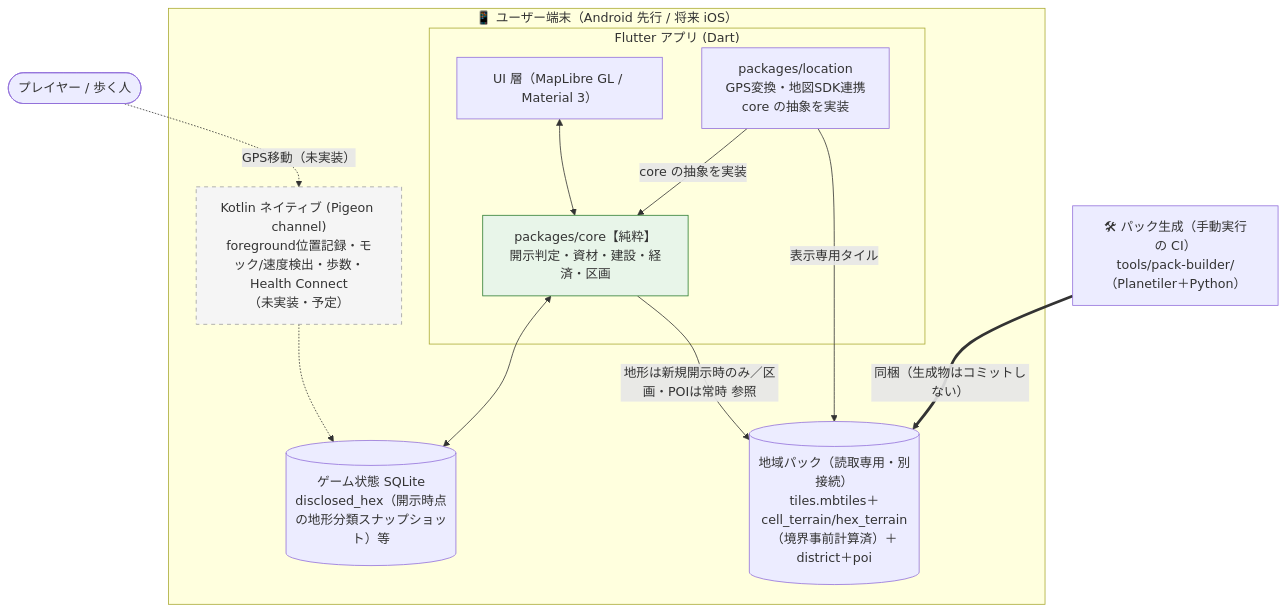
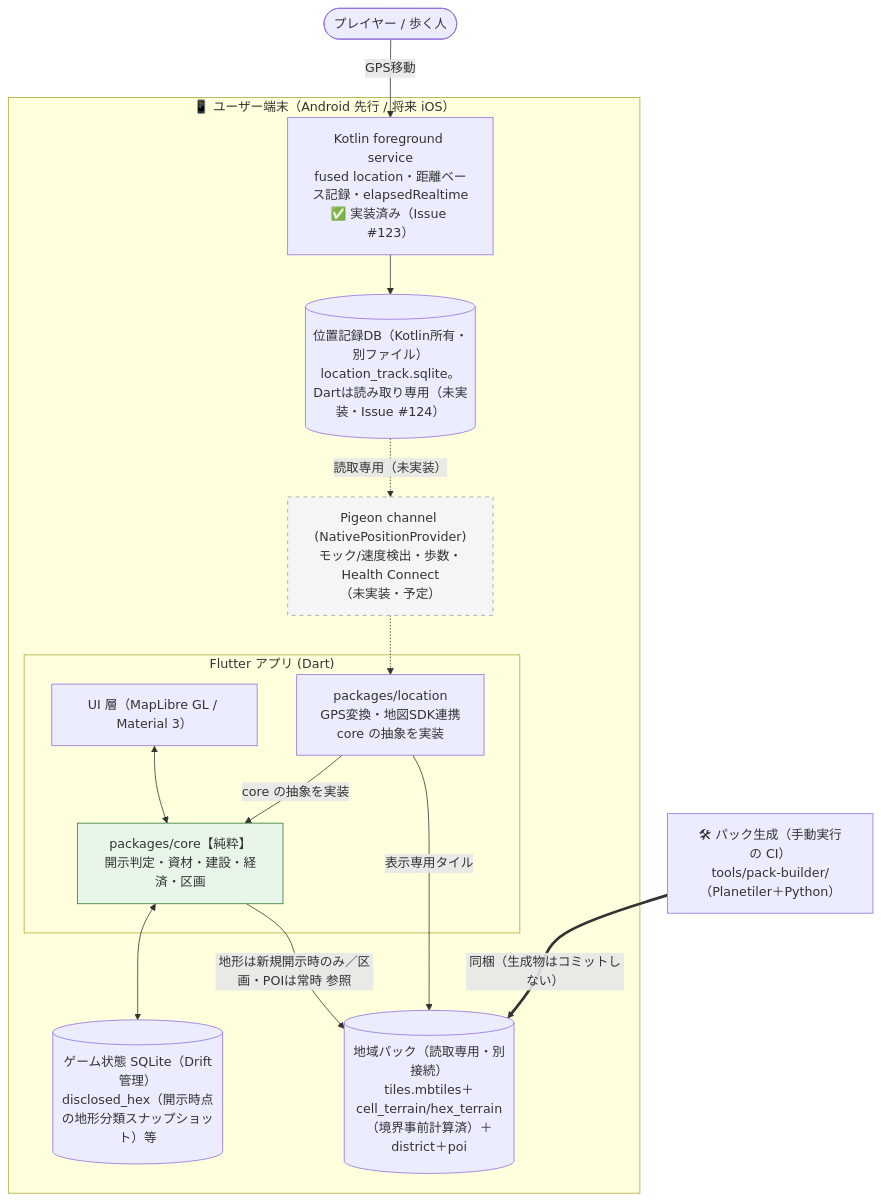
One commit to rokusoudo-product/terra-town changed the diagram in README.md. Above: the diagram before and after it, drawn with Mermaid. The commit also changed other lines of this file and 10 other files, not shown here.

First line of the commit message:
feat(android): Kotlin foreground serviceで位置を記録し専用の保存先へ書き込む (T046-T048) (#128)

````diff
--- a/README.md
+++ b/README.md
@@ -33,31 +34,35 @@
 ```mermaid
 flowchart TB
     user([プレイヤー / 歩く人])
 
     subgraph device["📱 ユーザー端末（Android 先行 / 将来 iOS）"]
         subgraph flutter["Flutter アプリ (Dart)"]
             ui["UI 層（MapLibre GL / Material 3）"]
             core["packages/core【純粋】<br/>開示判定・資材・建設・経済・区画"]
             loc["packages/location<br/>GPS変換・地図SDK連携<br/>core の抽象を実装"]
         end
-        native["Kotlin ネイティブ (Pigeon channel)<br/>foreground位置記録・モック/速度検出・歩数・Health Connect<br/>（未実装・予定）"]
-        gamedb[("ゲーム状態 SQLite<br/>disclosed_hex（開示時点の地形分類スナップショット）等")]
+        fg["Kotlin foreground service<br/>fused location・距離ベース記録・elapsedRealtime<br/>✅ 実装済み（Issue #123）"]
+        pigeon["Pigeon channel (NativePositionProvider)<br/>モック/速度検出・歩数・Health Connect<br/>（未実装・予定）"]
+        gamedb[("ゲーム状態 SQLite（Drift管理）<br/>disclosed_hex（開示時点の地形分類スナップショット）等")]
+        trackdb[("位置記録DB（Kotlin所有・別ファイル）<br/>location_track.sqlite。Dartは読み取り専用（未実装・Issue #124）")]
         pack[("地域パック（読取専用・別接続）<br/>tiles.mbtiles＋cell_terrain/hex_terrain（境界事前計算済）＋district＋poi")]
     end
 
     ci["🛠 パック生成（手動実行の CI）<br/>tools/pack-builder/（Planetiler＋Python）"]
 
-    user -.GPS移動（未実装）.-> native
-    native -.-> gamedb
+    user -->|GPS移動| fg
+    fg --> trackdb
+    trackdb -.読取専用（未実装）.-> pigeon
+    pigeon -.-> loc
     ui <--> core
     loc -->|core の抽象を実装| core
     core <--> gamedb
     core -->|地形は新規開示時のみ／区画・POIは常時 参照| pack
     loc -->|表示専用タイル| pack
     ci ==>|同梱（生成物はコミットしない）| pack
 
     classDef pure fill:#e8f5e9,stroke:#2e7d32;
     classDef planned stroke-dasharray: 5 5,fill:#f5f5f5,stroke:#9e9e9e;
     class core pure
-    class native planned
+    class pigeon planned
 ```
````
